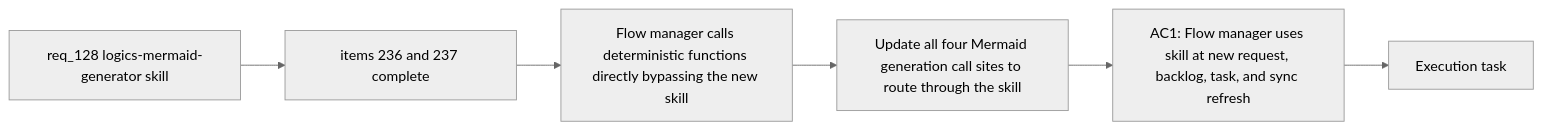
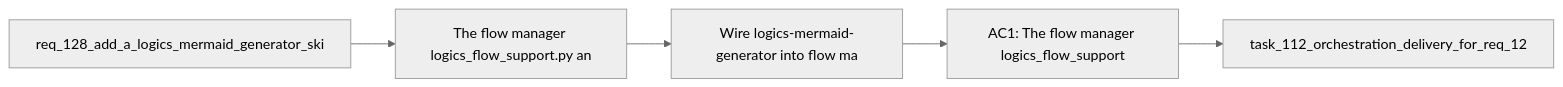
Before and after one commit to AlexAgo83/logics-manager: the diagram in logics/backlog/item_238_wire_logics_mermaid_generator_into_flow_manager_at_all_mermaid_call_sites.md, drawn with Mermaid (neutral theme). The commit also changed other lines of this file and 481 other files, not shown here.

````diff
--- a/logics/backlog/item_238_wire_logics_mermaid_generator_into_flow_manager_at_all_mermaid_call_sites.md
+++ b/logics/backlog/item_238_wire_logics_mermaid_generator_into_flow_manager_at_all_mermaid_call_sites.md
@@ -24,10 +24,9 @@
 ```mermaid
 %% logics-kind: backlog
 %% logics-signature: backlog|wire-logics-mermaid-generator-into-flow-|req-128-add-a-logics-mermaid-generator-s|the-flow-manager-logics-flow-support-py-|ac1-the-flow-manager-logics-flow-support
 flowchart LR
-    Request[req_128 logics-mermaid-generator skill] --> Prerequisite[items 236 and 237 complete]
-    Prerequisite --> Problem[Flow manager calls deterministic functions directly bypassing the new skill]
-    Problem --> Scope[Update all four Mermaid generation call sites to route through the skill]
-    Scope --> AC1[AC1: Flow manager uses skill at new request, backlog, task, and sync refresh]
-    AC1 --> Tasks[Execution task]
+    Request[req_128_add_a_logics_mermaid_generator_ski] --> Problem[The flow manager logics_flow_support.py an]
+    Problem --> Scope[Wire logics-mermaid-generator into flow ma]
+    Scope --> Acceptance[AC1: The flow manager logics_flow_support]
+    Acceptance --> Tasks[task_112_orchestration_delivery_for_req_12]
 ```
````
